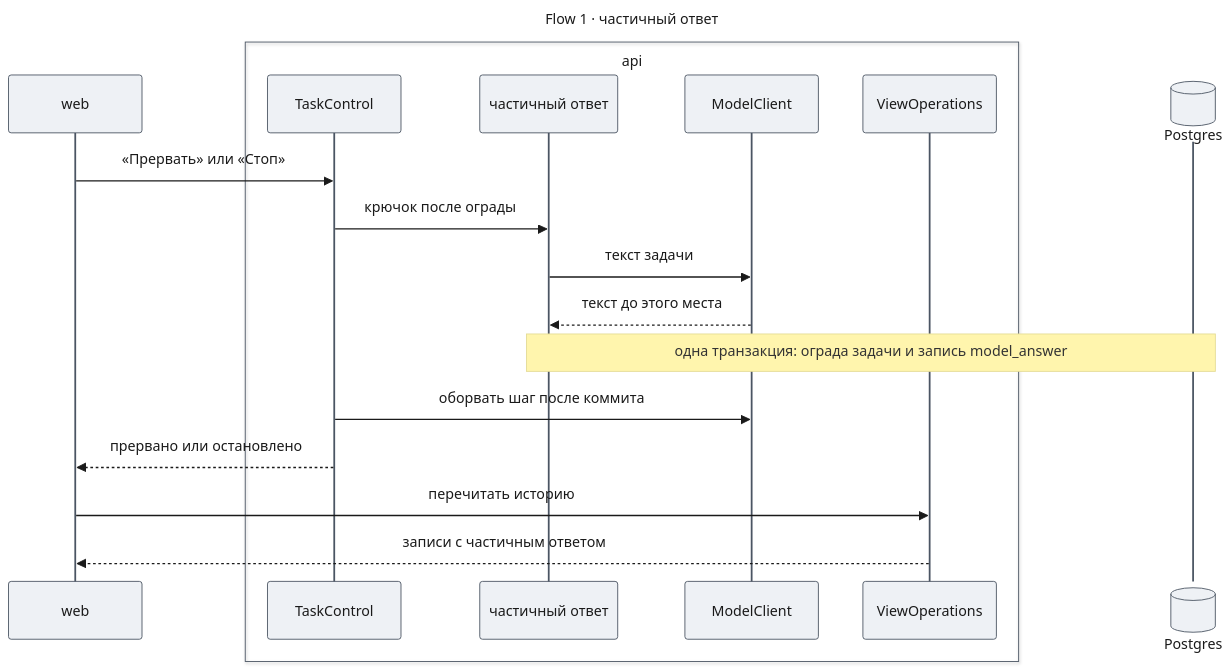
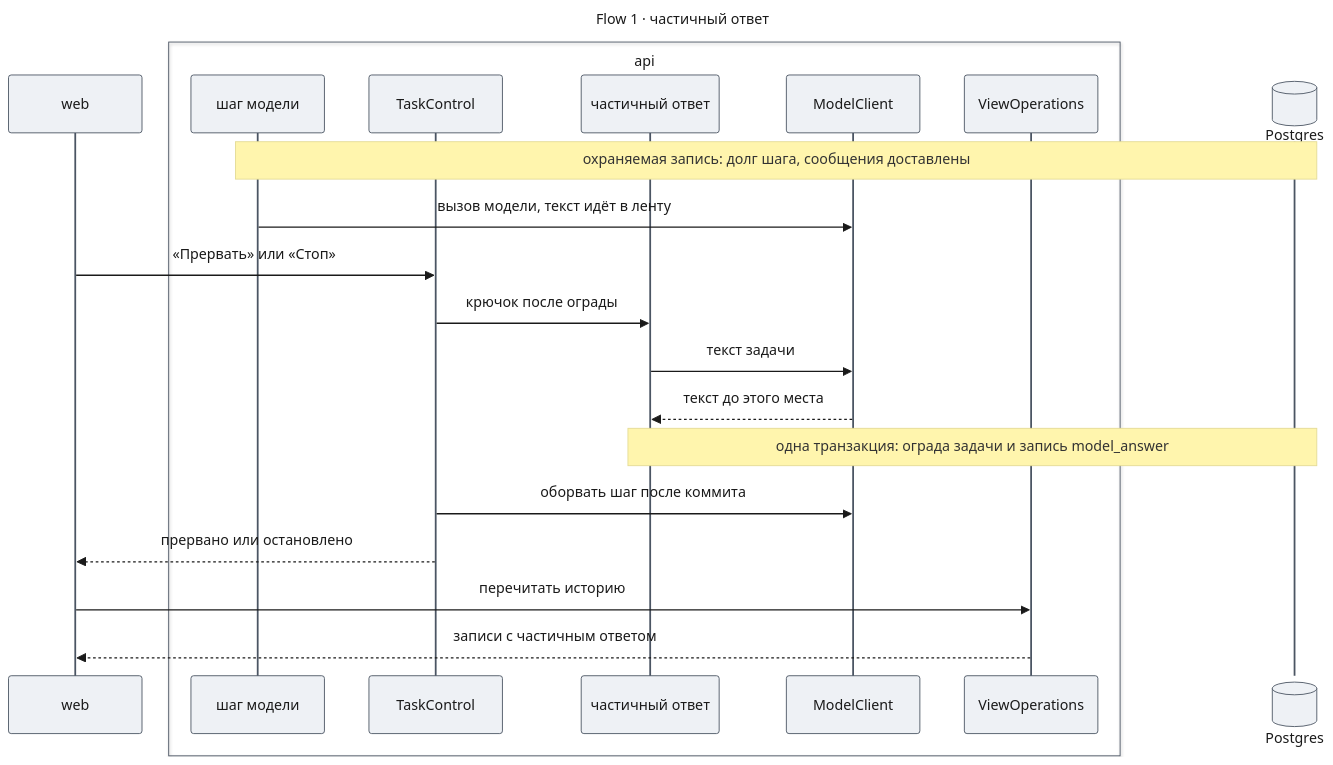
Before and after one commit to tundraray/agent-os: the third of 4 diagrams in docs/features/runtime-fixes/design-steps.md, drawn with Mermaid. The commit also changed other lines of this file, not shown here.

````diff
--- a/docs/features/runtime-fixes/design-steps.md
+++ b/docs/features/runtime-fixes/design-steps.md
@@ -266,41 +275,45 @@
 ```mermaid
 ---
 title: "Flow 1 · частичный ответ"
 config:
   theme: base
   look: classic
   themeVariables:
     primaryColor: "#eef1f5"
     primaryBorderColor: "#4b5563"
     primaryTextColor: "#1a1a1a"
     lineColor: "#6b7280"
   themeCSS: |
-    @keyframes lit_s1{0%,11.25%{stroke:#991b1b;stroke-width:6px}12.5%,100%{stroke:#37474f;stroke-width:2px}}
-    .messageLine0[data-id='i0'],.messageLine1[data-id='i0']{animation:lit_s1 9.6s linear 0s infinite}
-    .messageLine0[data-id='i1'],.messageLine1[data-id='i1']{animation:lit_s1 9.6s linear 1.2s infinite}
-    .messageLine0[data-id='i2'],.messageLine1[data-id='i2']{animation:lit_s1 9.6s linear 2.4s infinite}
-    .messageLine0[data-id='i3'],.messageLine1[data-id='i3']{animation:lit_s1 9.6s linear 3.6s infinite}
-    .messageLine0[data-id='i5'],.messageLine1[data-id='i5']{animation:lit_s1 9.6s linear 4.8s infinite}
-    .messageLine0[data-id='i6'],.messageLine1[data-id='i6']{animation:lit_s1 9.6s linear 6s infinite}
-    .messageLine0[data-id='i7'],.messageLine1[data-id='i7']{animation:lit_s1 9.6s linear 7.2s infinite}
-    .messageLine0[data-id='i8'],.messageLine1[data-id='i8']{animation:lit_s1 9.6s linear 8.4s infinite}
+    @keyframes lit_s1{0%,10%{stroke:#991b1b;stroke-width:6px}11.11%,100%{stroke:#37474f;stroke-width:2px}}
+    .messageLine0[data-id='i1'],.messageLine1[data-id='i1']{animation:lit_s1 10.8s linear 0s infinite}
+    .messageLine0[data-id='i2'],.messageLine1[data-id='i2']{animation:lit_s1 10.8s linear 1.2s infinite}
+    .messageLine0[data-id='i3'],.messageLine1[data-id='i3']{animation:lit_s1 10.8s linear 2.4s infinite}
+    .messageLine0[data-id='i4'],.messageLine1[data-id='i4']{animation:lit_s1 10.8s linear 3.6s infinite}
+    .messageLine0[data-id='i5'],.messageLine1[data-id='i5']{animation:lit_s1 10.8s linear 4.8s infinite}
+    .messageLine0[data-id='i7'],.messageLine1[data-id='i7']{animation:lit_s1 10.8s linear 6s infinite}
+    .messageLine0[data-id='i8'],.messageLine1[data-id='i8']{animation:lit_s1 10.8s linear 7.2s infinite}
+    .messageLine0[data-id='i9'],.messageLine1[data-id='i9']{animation:lit_s1 10.8s linear 8.4s infinite}
+    .messageLine0[data-id='i10'],.messageLine1[data-id='i10']{animation:lit_s1 10.8s linear 9.6s infinite}
 ---
 sequenceDiagram
     participant W as web
     box api
+        participant S as шаг модели
         participant T as TaskControl
         participant H as частичный ответ
         participant M as ModelClient
         participant V as ViewOperations
     end
     participant DB@{ "type": "database" } as Postgres
+    Note over S,DB: охраняемая запись: долг шага, сообщения доставлены
+    S->>M: вызов модели, текст идёт в ленту
     W->>T: «Прервать» или «Стоп»
     T->>H: крючок после ограды
     H->>M: текст задачи
     M-->>H: текст до этого места
     Note over H,DB: одна транзакция: ограда задачи и запись model_answer
     T->>M: оборвать шаг после коммита
     T-->>W: прервано или остановлено
     W->>V: перечитать историю
     V-->>W: записи с частичным ответом
 ```
````
